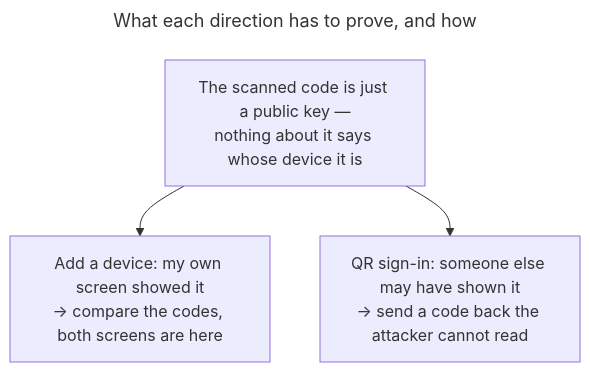
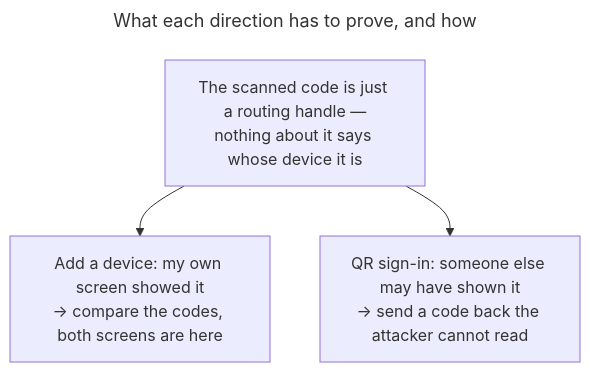
One commit to raddatzk/veyq changed the diagram in docs/features/account/use-cases/uc.account.onboard-device.md. Above: the diagram before and after it, drawn with Mermaid. The commit also changed other lines of this file and 3 other files, not shown here.

````diff
--- a/docs/features/account/use-cases/uc.account.onboard-device.md
+++ b/docs/features/account/use-cases/uc.account.onboard-device.md
@@ -29,9 +29,9 @@
 ```mermaid
 ---
 title: What each direction has to prove, and how
 ---
 flowchart TB
-  Q["The scanned code is just a public key —<br>nothing about it says whose device it is"]
+  Q["The scanned code is just a routing handle —<br>nothing about it says whose device it is"]
   Q --> A["Add a device: my own screen showed it<br>→ compare the codes, both screens are here"]
   Q --> B["QR sign-in: someone else may have shown it<br>→ send a code back the attacker cannot read"]
 ```
````
